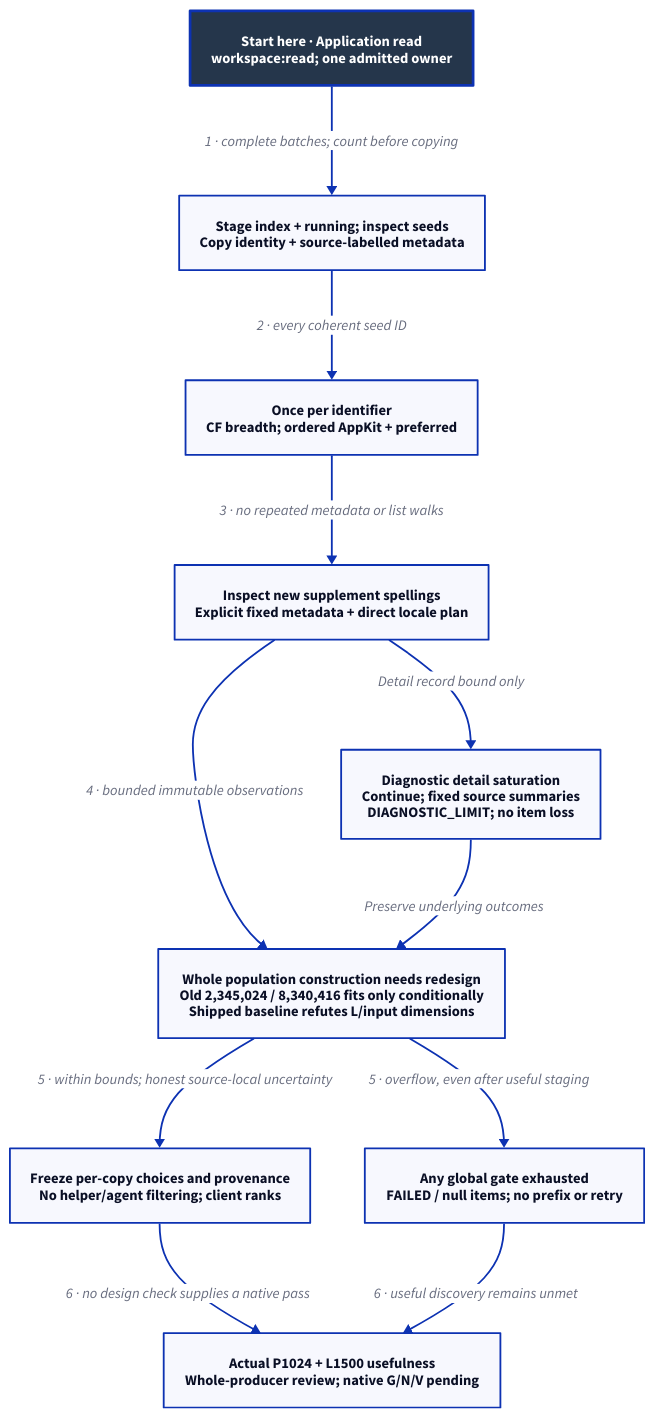
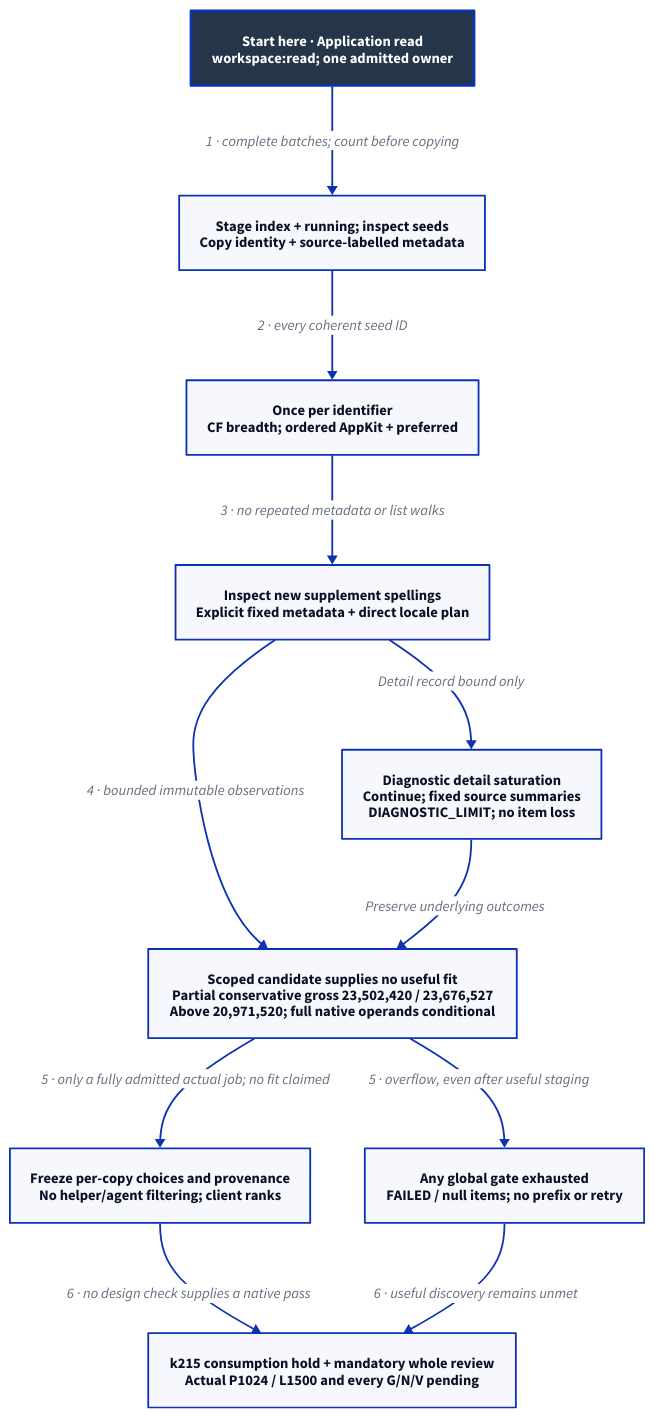
One commit to Linkuistics/Koine changed the diagram in docs/design/architecture/native-application-population.d2. Above: the diagram before and after it, drawn with D2. The commit also changed 141 other files, not shown here.

```diff
--- a/docs/design/architecture/native-application-population.d2
+++ b/docs/design/architecture/native-application-population.d2
@@ -1,24 +1,24 @@
 # Application component/activity view; proposed, no native qualification.
 direction: down
 classes: {
   start: {style: {fill: "#25364B"; font-color: "#FFFFFF"; bold: true; stroke-width: 3}}
 }
 Start: "Start here · Application read\nworkspace:read; one admitted owner" {class: start}
 Sources: "Stage index + running; inspect seeds\nCopy identity + source-labelled metadata"
 Registration: "Once per identifier\nCF breadth; ordered AppKit + preferred"
 Inspect: "Inspect new supplement spellings\nExplicit fixed metadata + direct locale plan"
-Finish: "Whole population construction needs redesign\nOld 2,345,024 / 8,340,416 fits only conditionally\nShipped baseline refutes L/input dimensions"
+Finish: "Scoped candidate supplies no useful fit\nPartial conservative gross 23,502,420 / 23,676,527\nAbove 20,971,520; full native operands conditional"
 Failure: "Any global gate exhausted\nFAILED / null items; no prefix or retry"
 Diagnostic: "Diagnostic detail saturation\nContinue; fixed source summaries\nDIAGNOSTIC_LIMIT; no item loss"
 Publish: "Freeze per-copy choices and provenance\nNo helper/agent filtering; client ranks"
-Qualification: "Actual P1024 + L1500 usefulness\nWhole-producer review; native G/N/V pending"
+Qualification: "k215 consumption hold + mandatory whole review\nActual P1024 / L1500 and every G/N/V pending"
 Start -> Sources: "1 · complete batches; count before copying"
 Sources -> Registration: "2 · every coherent seed ID"
 Registration -> Inspect: "3 · no repeated metadata or list walks"
 Inspect -> Finish: "4 · bounded immutable observations"
 Finish -> Failure: "5 · overflow, even after useful staging"
-Finish -> Publish: "5 · within bounds; honest source-local uncertainty"
+Finish -> Publish: "5 · only a fully admitted actual job; no fit claimed"
 Inspect -> Diagnostic: "Detail record bound only"
 Diagnostic -> Finish: "Preserve underlying outcomes"
 Publish -> Qualification: "6 · no design check supplies a native pass"
 Failure -> Qualification: "6 · useful discovery remains unmet"
```
